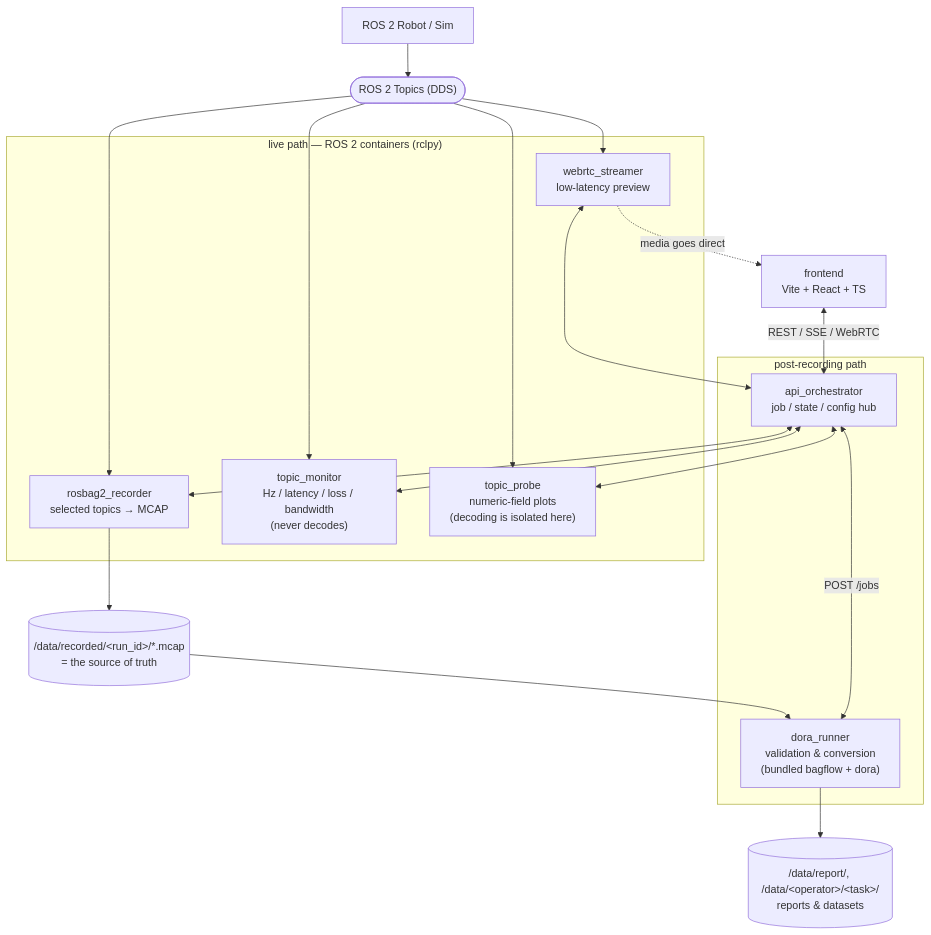
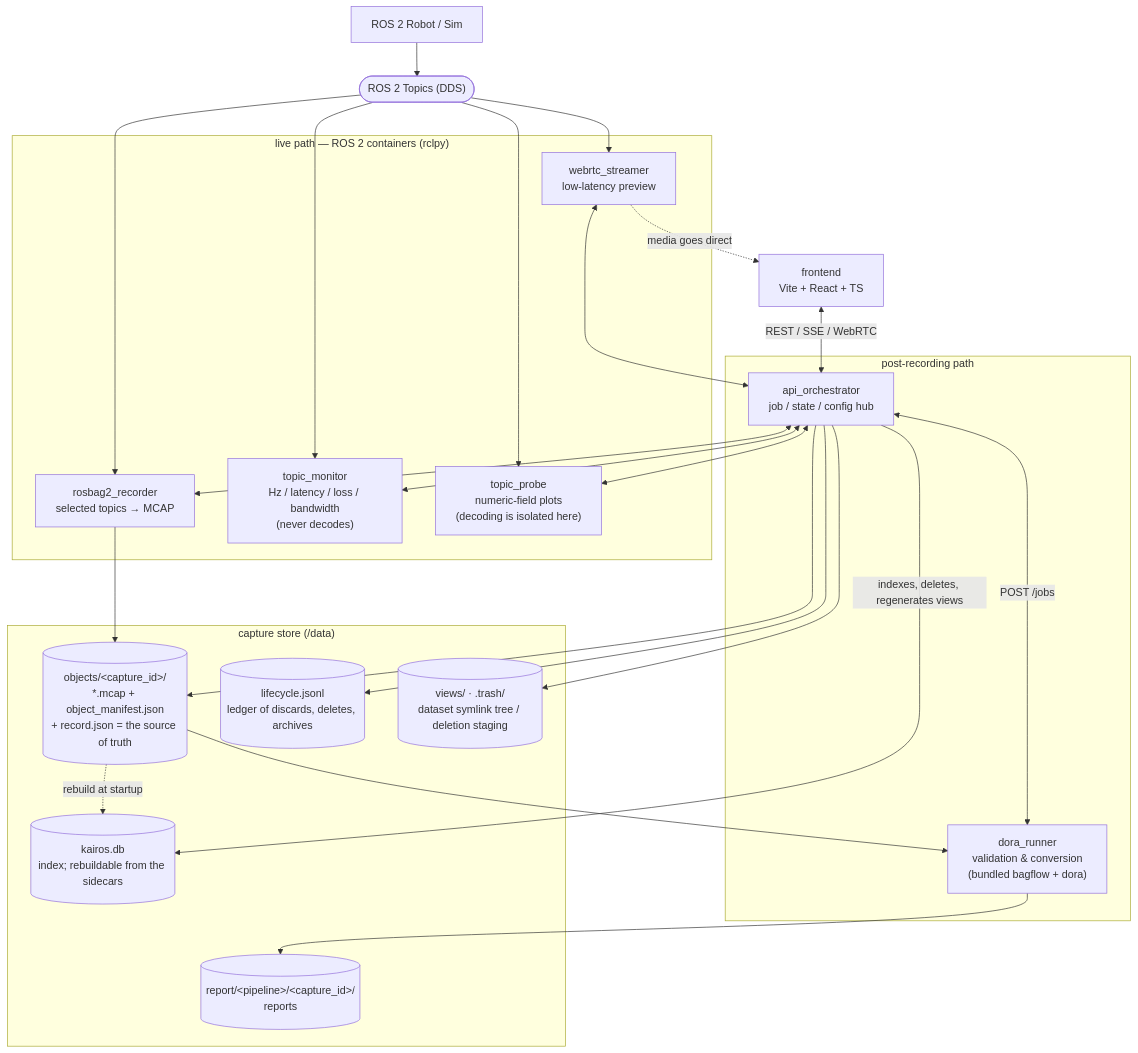
One commit to sige0002/kairos changed the first of 2 diagrams in README.md. Above: the diagram before and after it, drawn with Mermaid. The commit also changed other lines of this file and 24 other files, not shown here.

First line of the commit message:
docs: capture store v2 — specs rewritten, capture_store spec added, changelog

````diff
--- a/README.md
+++ b/README.md
@@ -18,28 +18,37 @@
 ```mermaid
 flowchart TB
   ROBOT["ROS 2 Robot / Sim"] --> TOPICS(["ROS 2 Topics (DDS)"])
 
   subgraph live["live path — ROS 2 containers (rclpy)"]
     REC["rosbag2_recorder<br/>selected topics → MCAP"]
     MON["topic_monitor<br/>Hz / latency / loss / bandwidth<br/>(never decodes)"]
     PROBE["topic_probe<br/>numeric-field plots<br/>(decoding is isolated here)"]
     WEB["webrtc_streamer<br/>low-latency preview"]
   end
 
   subgraph post["post-recording path"]
     ORC["api_orchestrator<br/>job / state / config hub"]
     DR["dora_runner<br/>validation &amp; conversion<br/>(bundled bagflow + dora)"]
   end
 
   FE["frontend<br/>Vite + React + TS"]
-  MCAP[("/data/recorded/&lt;run_id&gt;/*.mcap<br/>= the source of truth")]
-  OUT[("/data/report/, /data/&lt;operator&gt;/&lt;task&gt;/<br/>reports &amp; datasets")]
+
+  subgraph store["capture store (/data)"]
+    MCAP[("objects/&lt;capture_id&gt;/<br/>*.mcap + object_manifest.json<br/>+ record.json = the source of truth")]
+    LEDGER[("lifecycle.jsonl<br/>ledger of discards, deletes, archives")]
+    DB[("kairos.db<br/>index; rebuildable from the sidecars")]
+    VIEWS[("views/ · .trash/<br/>dataset symlink tree / deletion staging")]
+    OUT[("report/&lt;pipeline&gt;/&lt;capture_id&gt;/<br/>reports")]
+  end
 
   TOPICS --> REC & MON & PROBE & WEB
   REC --> MCAP
   MCAP --> DR --> OUT
   FE <-->|"REST / SSE / WebRTC"| ORC
   ORC <--> REC & MON & PROBE & WEB
   ORC <-->|"POST /jobs"| DR
+  ORC -->|"indexes, deletes, regenerates views"| DB
+  ORC --> MCAP & LEDGER & VIEWS
+  MCAP -.->|"rebuild at startup"| DB
   WEB -.->|"media goes direct"| FE
 ```
````
